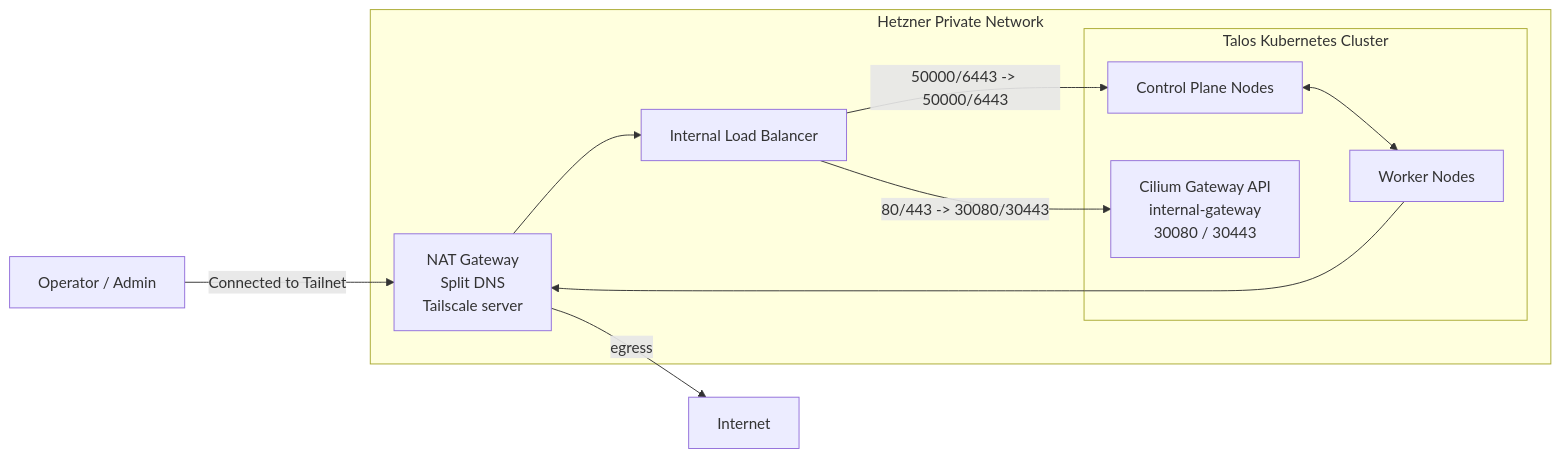
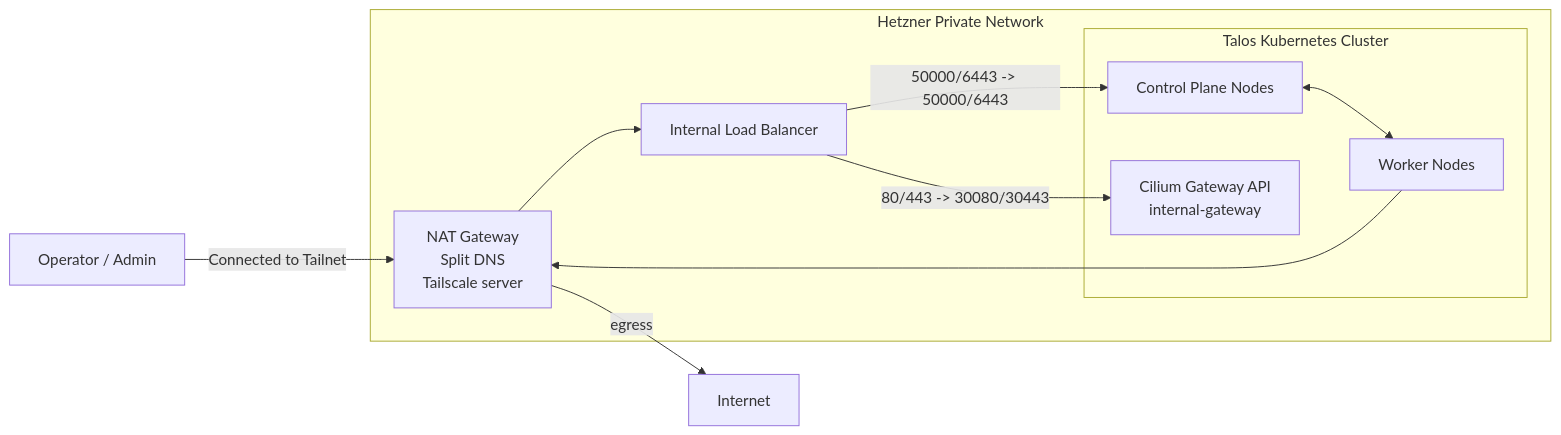
The diagram in README.md (Aleksuo/demo-cluster-iac), drawn with Mermaid before and after one commit.

Commit message:
Clean up the architecture diagram

````diff
--- a/README.md
+++ b/README.md
@@ -5,26 +5,26 @@
 ```mermaid
 flowchart LR
   admin["Operator / Admin"]
   internet["Internet"]
 
   subgraph hcloud["Hetzner Private Network"]
     lb["Internal Load Balancer"]
     nat["NAT Gateway</br>Split DNS</br>Tailscale server"]
 
     subgraph cluster["Talos Kubernetes Cluster"]
       cp["Control Plane Nodes"]
       workers["Worker Nodes"]
-      gateway["Cilium Gateway API<br/>internal-gateway<br/>30080 / 30443"]
+      gateway["Cilium Gateway API<br/>internal-gateway"]
     end
   end
 
   admin -->|"Connected to Tailnet"| nat
   nat --> lb
 
   lb -->|"50000/6443 -> 50000/6443"| cp
   cp <--> workers
   lb -->|"80/443 -> 30080/30443"| gateway
 
   workers --> nat
   nat -->|"egress"| internet
 ```
````
